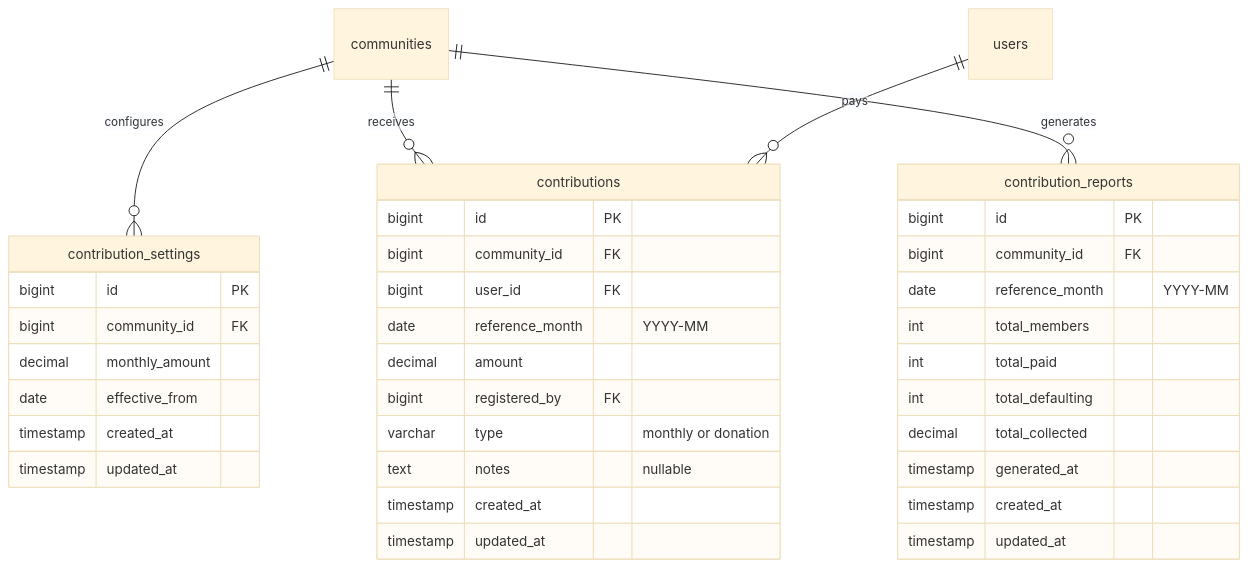
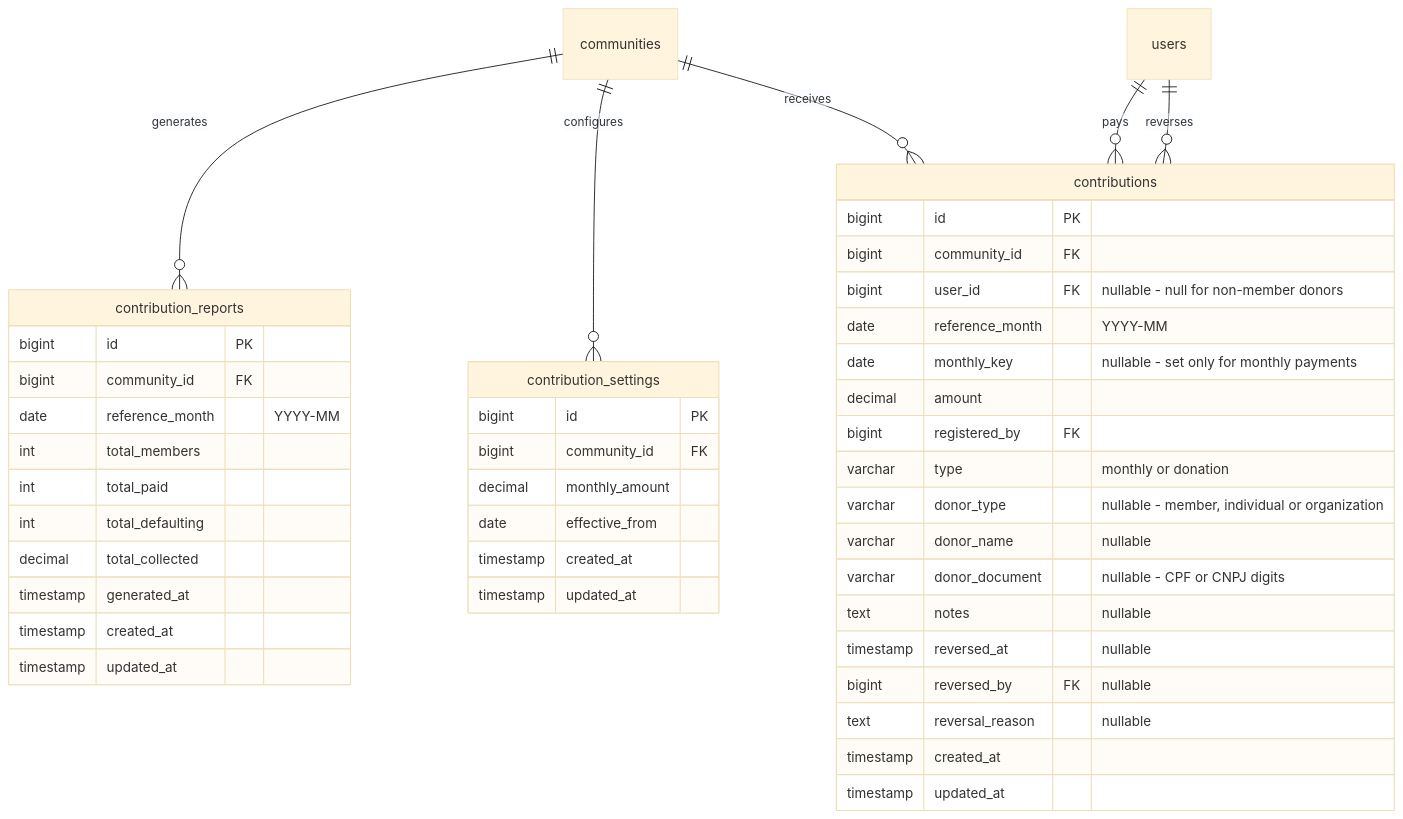
Before and after one commit to HDias/community: the first of 8 diagrams in docs/flows/04-contributions.md, drawn with Mermaid (base theme). The commit also changed other lines of this file and 4 other files, not shown here.

First line of the commit message:
docs: document contributions overview, donations and reversals

````diff
--- a/docs/flows/04-contributions.md
+++ b/docs/flows/04-contributions.md
@@ -12,39 +15,47 @@
 ```mermaid
 erDiagram
     contribution_settings {
         bigint id PK
         bigint community_id FK
         decimal monthly_amount
         date effective_from
         timestamp created_at
         timestamp updated_at
     }
     contributions {
         bigint id PK
         bigint community_id FK
-        bigint user_id FK
+        bigint user_id FK "nullable - null for non-member donors"
         date reference_month "YYYY-MM"
+        date monthly_key "nullable - set only for monthly payments"
         decimal amount
         bigint registered_by FK
         varchar type "monthly or donation"
+        varchar donor_type "nullable - member, individual or organization"
+        varchar donor_name "nullable"
+        varchar donor_document "nullable - CPF or CNPJ digits"
         text notes "nullable"
+        timestamp reversed_at "nullable"
+        bigint reversed_by FK "nullable"
+        text reversal_reason "nullable"
         timestamp created_at
         timestamp updated_at
     }
     contribution_reports {
         bigint id PK
         bigint community_id FK
         date reference_month "YYYY-MM"
         int total_members
         int total_paid
         int total_defaulting
         decimal total_collected
         timestamp generated_at
         timestamp created_at
         timestamp updated_at
     }
     communities ||--o{ contribution_settings : "configures"
     communities ||--o{ contributions : "receives"
     communities ||--o{ contribution_reports : "generates"
     users ||--o{ contributions : "pays"
+    users ||--o{ contributions : "reverses"
 ```
````
